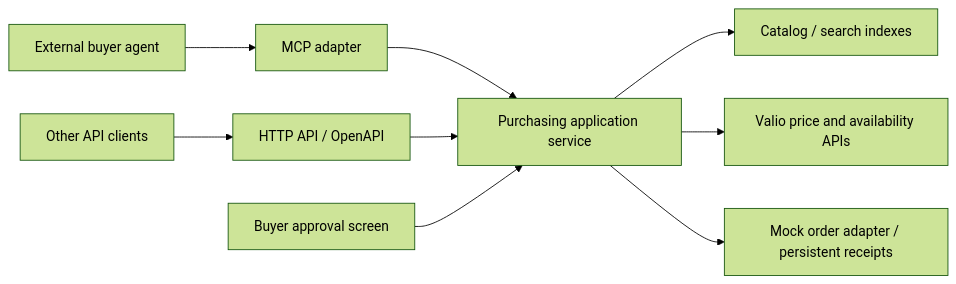
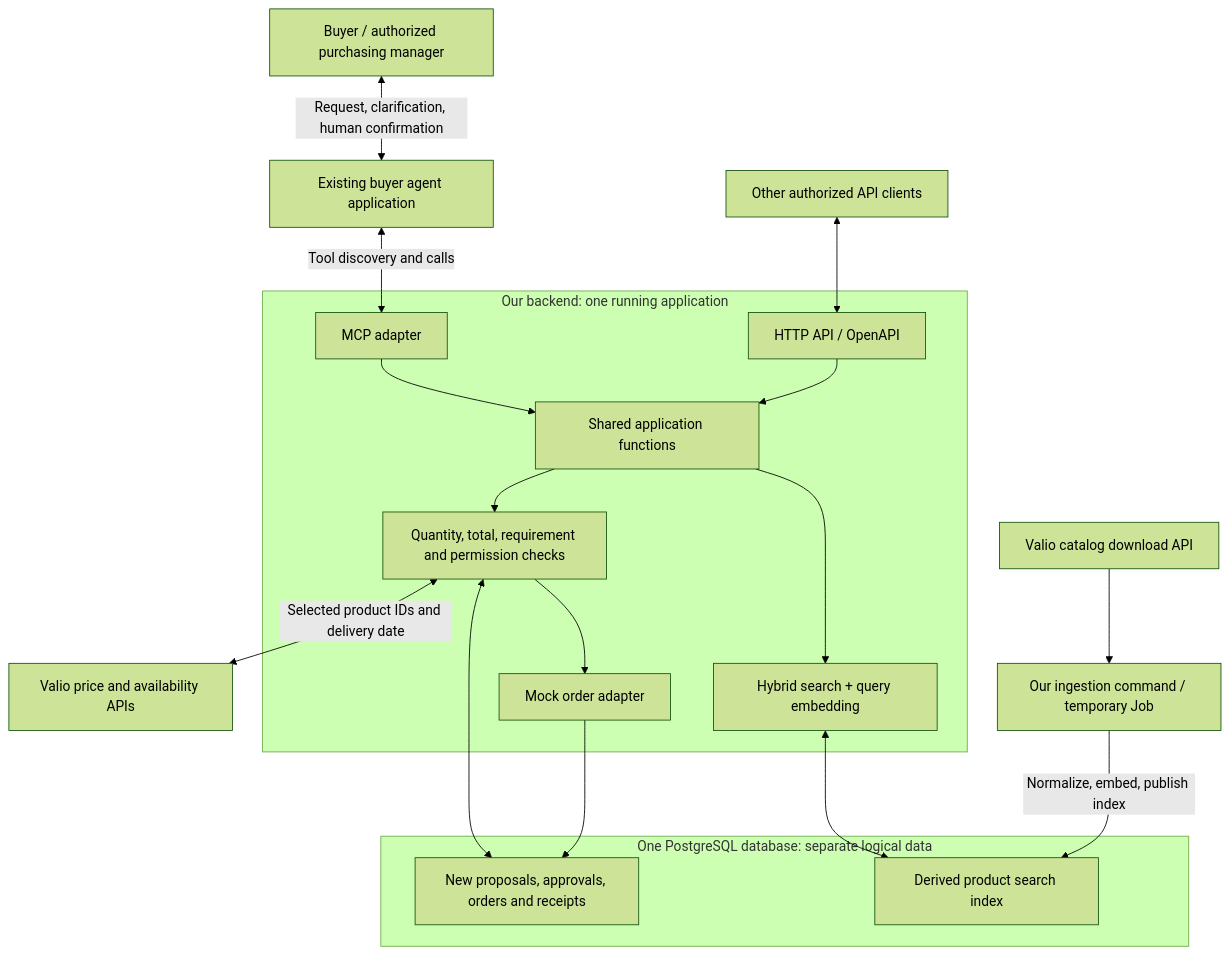
One commit to Junction-Best-Team/Main-Application changed the first of 3 diagrams in docs/brief.md. Above: the diagram before and after it, drawn with Mermaid (forest theme). The commit also changed other lines of this file and 3 other files, not shown here.

````diff
--- a/docs/brief.md
+++ b/docs/brief.md
@@ -20,11 +30,26 @@
 ```mermaid
-flowchart LR
-    Agent[External buyer agent] --> MCP[MCP adapter]
-    Client[Other API clients] --> HTTP[HTTP API / OpenAPI]
-    MCP --> Core[Purchasing application service]
-    HTTP --> Core
-    Human[Buyer approval screen] --> Core
-    Core --> Catalog[Catalog / search indexes]
-    Core --> Valio[Valio price and availability APIs]
-    Core --> Orders[Mock order adapter / persistent receipts]
+flowchart TB
+    Buyer["Buyer / authorized purchasing manager"] <-->|"Request, clarification, human confirmation"| Agent["Existing buyer agent application"]
+    Agent <-->|"Tool discovery and calls"| MCP
+    Client["Other authorized API clients"] <--> HTTP
+
+    subgraph App["Our backend: one running application"]
+        MCP["MCP adapter"] --> Core["Shared application functions"]
+        HTTP["HTTP API / OpenAPI"] --> Core
+        Core --> Search["Hybrid search + query embedding"]
+        Core --> Validate["Quantity, total, requirement and permission checks"]
+        Validate --> Order["Mock order adapter"]
+    end
+
+    subgraph DB["One PostgreSQL database: separate logical data"]
+        Index["Derived product search index"]
+        Transactions["New proposals, approvals, orders and receipts"]
+    end
+
+    Search <--> Index
+    Validate <--> Transactions
+    Order --> Transactions
+    Validate <-->|"Selected product IDs and delivery date"| Dynamic["Valio price and availability APIs"]
+    Download["Valio catalog download API"] --> Import["Our ingestion command / temporary Job"]
+    Import -->|"Normalize, embed, publish index"| Index
 ```
````
